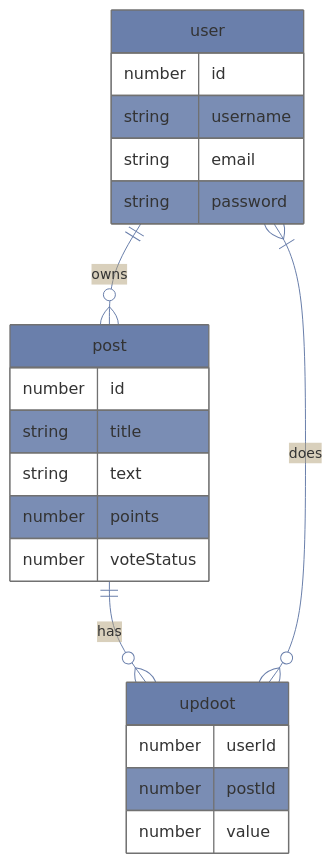
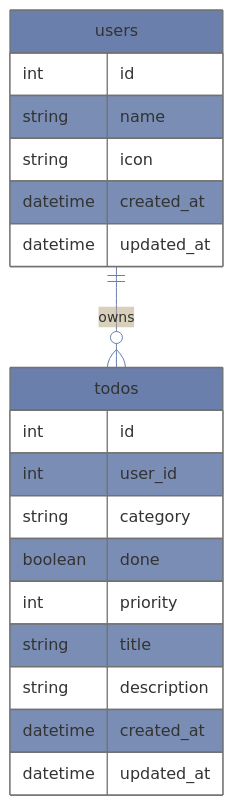
Before and after one commit to do-it-if-i-can/server: the diagram in db/readme.md, drawn with Mermaid.

````diff
--- a/db/readme.md
+++ b/db/readme.md
@@ -4,31 +4,28 @@
 ```mermaid
 %%{init:{'theme':'base','themeVariables':{'primaryColor':'#6A7FAB','lineColor':'#6A7FAB','background':'#FFF'}}}%%
 
 
 erDiagram
 
-user ||--o{ post : owns
-post ||--o{ updoot : has
-user }|--o{ updoot : does
+users ||--o{ todos : owns
 
-user {
-  number id
-  string username
-  string email
-  string password
+users {
+  int id
+  string name
+  string icon
+  datetime created_at
+  datetime updated_at
 }
 
-post {
-  number id
+todos {
+  int id
+  int user_id
+  string category
+  boolean done
+  int priority
   string title
-  string text
-  number points
-  number voteStatus
-}
-
-updoot {
-  number userId
-  number postId
-  number value
+  string description
+  datetime created_at
+  datetime updated_at
 }
 ```
````
